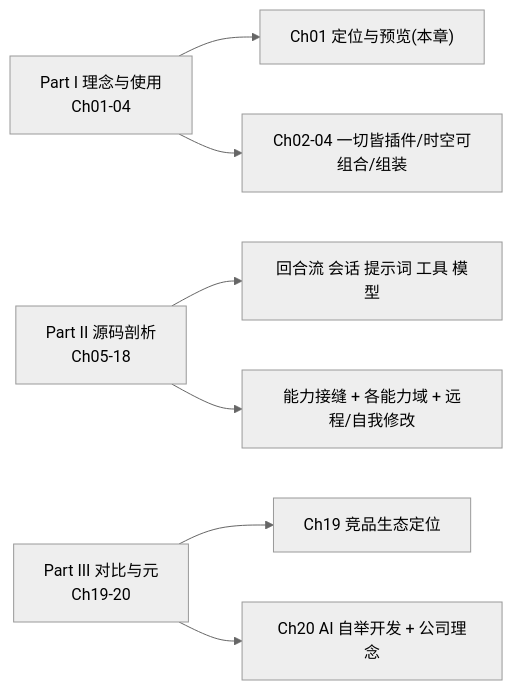
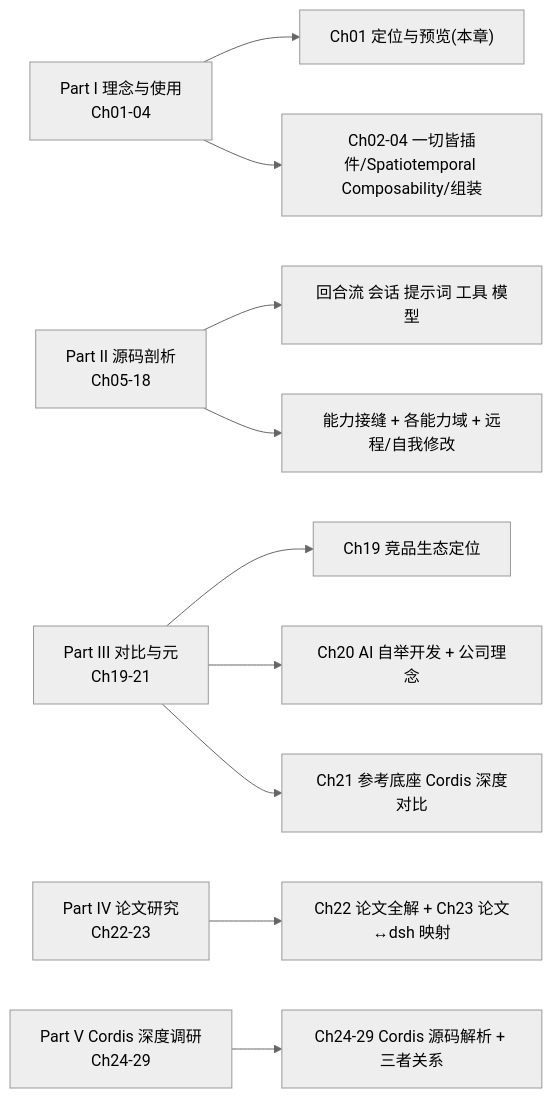
The fourth of 4 diagrams in Part I Principles and Usage/01-定位与预览.md (xiaonancs/deepseek-harness-deep-dive), drawn with Mermaid before and after one commit. The commit also changed other lines of this file and 18 other files, not shown here.

````diff
--- a/Part I Principles and Usage/01-定位与预览.md
+++ b/Part I Principles and Usage/01-定位与预览.md
@@ -135,13 +135,18 @@
 ```mermaid
 %%{init: {'theme':'neutral'}}%%
 flowchart LR
   P1["Part I 理念与使用<br/>Ch01-04"]
   P2["Part II 源码剖析<br/>Ch05-18"]
-  P3["Part III 对比与元<br/>Ch19-20"]
+  P3["Part III 对比与元<br/>Ch19-21"]
+  P4["Part IV 论文研究<br/>Ch22-23"]
+  P5["Part V Cordis 深度调研<br/>Ch24-29"]
   P1 --> C1["Ch01 定位与预览(本章)"]
-  P1 --> C34["Ch02-04 一切皆插件/时空可组合/组装"]
+  P1 --> C34["Ch02-04 一切皆插件/Spatiotemporal Composability/组装"]
   P2 --> D1["回合流 会话 提示词 工具 模型"]
   P2 --> D2["能力接缝 + 各能力域 + 远程/自我修改"]
   P3 --> E1["Ch19 竞品生态定位"]
   P3 --> E2["Ch20 AI 自举开发 + 公司理念"]
+  P3 --> E3["Ch21 参考底座 Cordis 深度对比"]
+  P4 --> F1["Ch22 论文全解 + Ch23 论文↔dsh 映射"]
+  P5 --> G1["Ch24-29 Cordis 源码解析 + 三者关系"]
 ```
````
